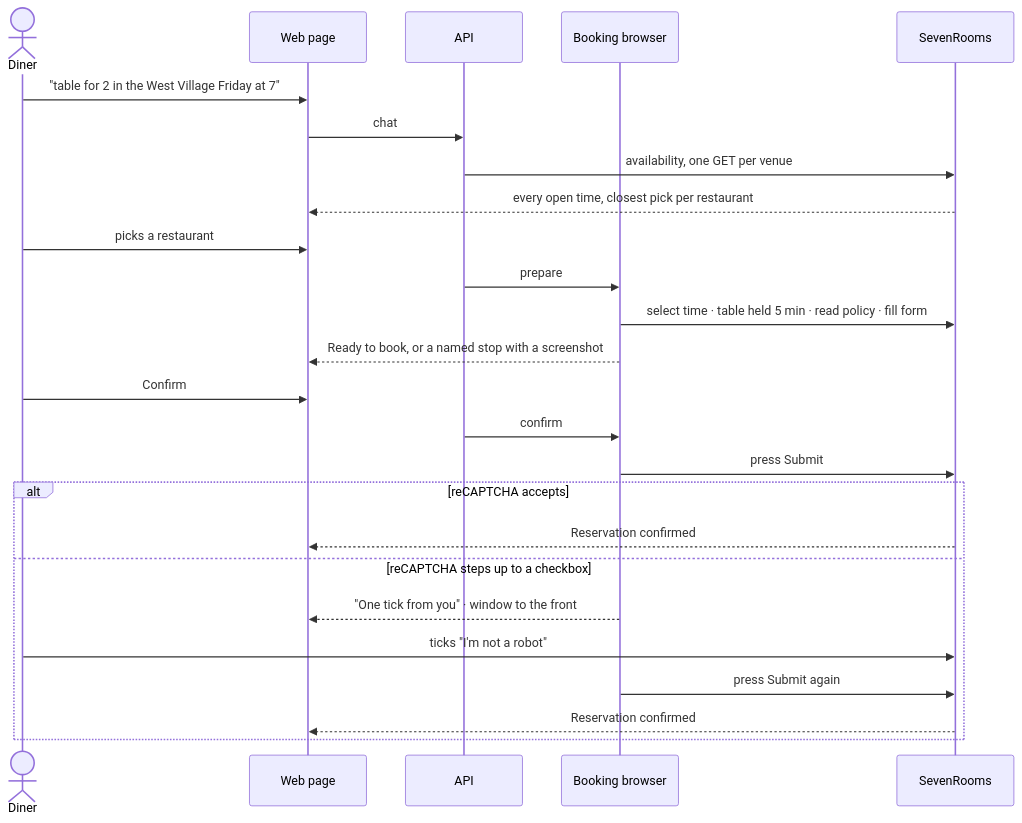
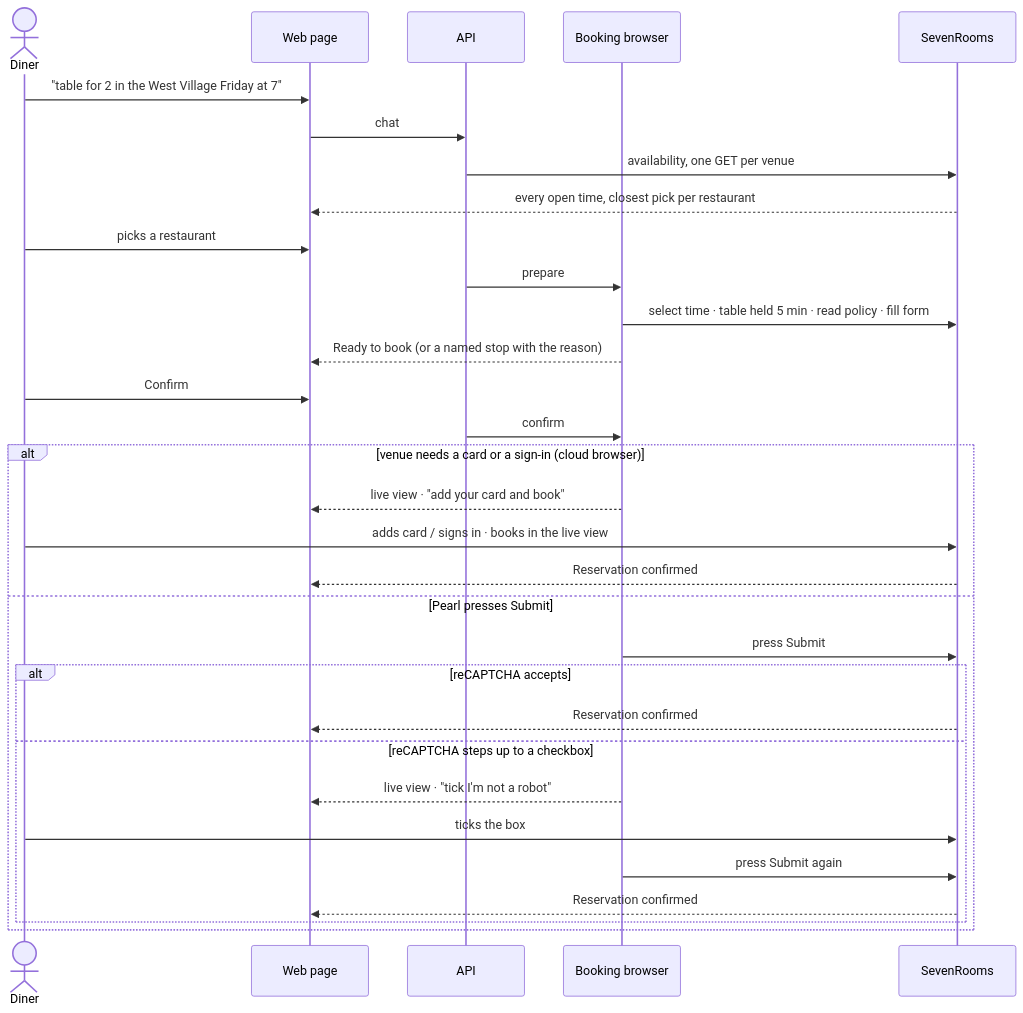
Before and after one commit to Dileep2896/pearl-table-concierge: the second of 7 diagrams in ARCHITECTURE.md, drawn with Mermaid. The commit also changed other lines of this file and 3 other files, not shown here.

First line of the commit message:
Docs: deployable AI key + card/login live-view finish

````diff
--- a/ARCHITECTURE.md
+++ b/ARCHITECTURE.md
@@ -30,28 +34,34 @@
 ```mermaid
 sequenceDiagram
   actor Diner
   participant UI as Web page
   participant API as API
   participant B as Booking browser
   participant SR as SevenRooms
 
   Diner->>UI: "table for 2 in the West Village Friday at 7"
   UI->>API: chat
   API->>SR: availability, one GET per venue
   SR-->>UI: every open time, closest pick per restaurant
   Diner->>UI: picks a restaurant
   API->>B: prepare
   B->>SR: select time · table held 5 min · read policy · fill form
-  B-->>UI: Ready to book, or a named stop with a screenshot
+  B-->>UI: Ready to book (or a named stop with the reason)
   Diner->>UI: Confirm
   API->>B: confirm
-  B->>SR: press Submit
-  alt reCAPTCHA accepts
+  alt venue needs a card or a sign-in (cloud browser)
+    B-->>UI: live view · "add your card and book"
+    Diner->>SR: adds card / signs in · books in the live view
     SR-->>UI: Reservation confirmed
-  else reCAPTCHA steps up to a checkbox
-    B-->>UI: "One tick from you" · window to the front
-    Diner->>SR: ticks "I'm not a robot"
-    B->>SR: press Submit again
-    SR-->>UI: Reservation confirmed
+  else Pearl presses Submit
+    B->>SR: press Submit
+    alt reCAPTCHA accepts
+      SR-->>UI: Reservation confirmed
+    else reCAPTCHA steps up to a checkbox
+      B-->>UI: live view · "tick I'm not a robot"
+      Diner->>SR: ticks the box
+      B->>SR: press Submit again
+      SR-->>UI: Reservation confirmed
+    end
   end
 ```
````
